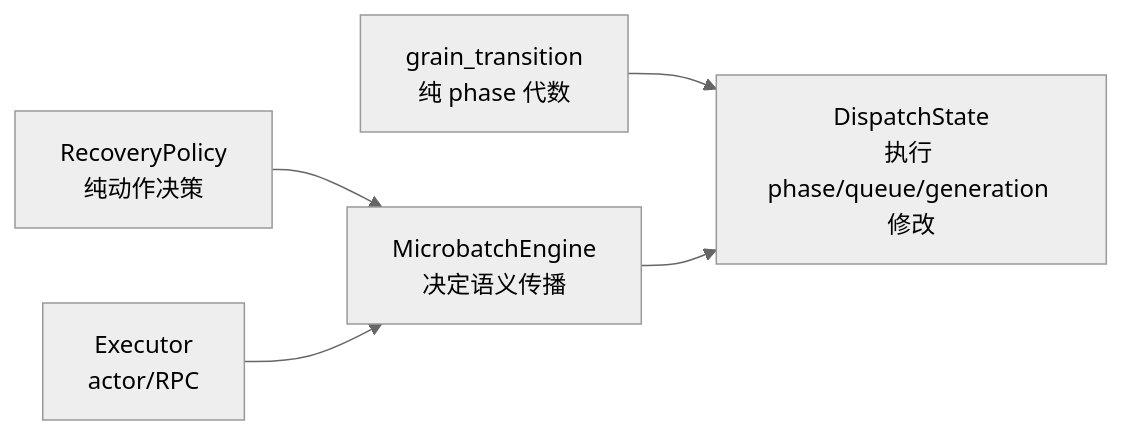
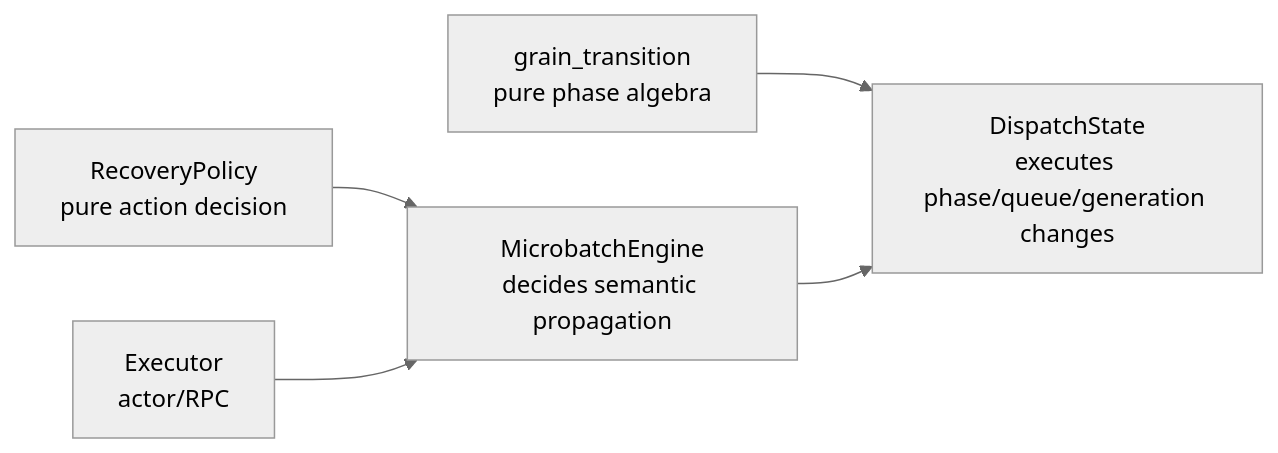
One commit to OpenDCAI/RayOrch changed the first of 3 diagrams in docs/multigrain_v3_6_walkthrough/04_dispatch_state.md. Above: the diagram before and after it, drawn with Mermaid (neutral theme). The commit also changed other lines of this file and 31 other files, not shown here.

Commit message:
docs(v3.6): publish bilingual architecture guides

````diff
--- a/docs/multigrain_v3_6_walkthrough/04_dispatch_state.md
+++ b/docs/multigrain_v3_6_walkthrough/04_dispatch_state.md
@@ -21,12 +52,12 @@
 ```mermaid
 flowchart LR
-    Transition["grain_transition<br/>纯 phase 代数"]
-    Policy["RecoveryPolicy<br/>纯动作决策"]
-    Dispatch["DispatchState<br/>执行 phase/queue/generation 修改"]
-    Engine["MicrobatchEngine<br/>决定语义传播"]
+    Transition["grain_transition<br/>pure phase algebra"]
+    Policy["RecoveryPolicy<br/>pure action decision"]
+    Dispatch["DispatchState<br/>executes phase/queue/generation changes"]
+    Engine["MicrobatchEngine<br/>decides semantic propagation"]
     Executor["Executor<br/>actor/RPC"]
 
     Transition --> Dispatch
     Policy --> Engine --> Dispatch
     Executor --> Engine
 ```
````
